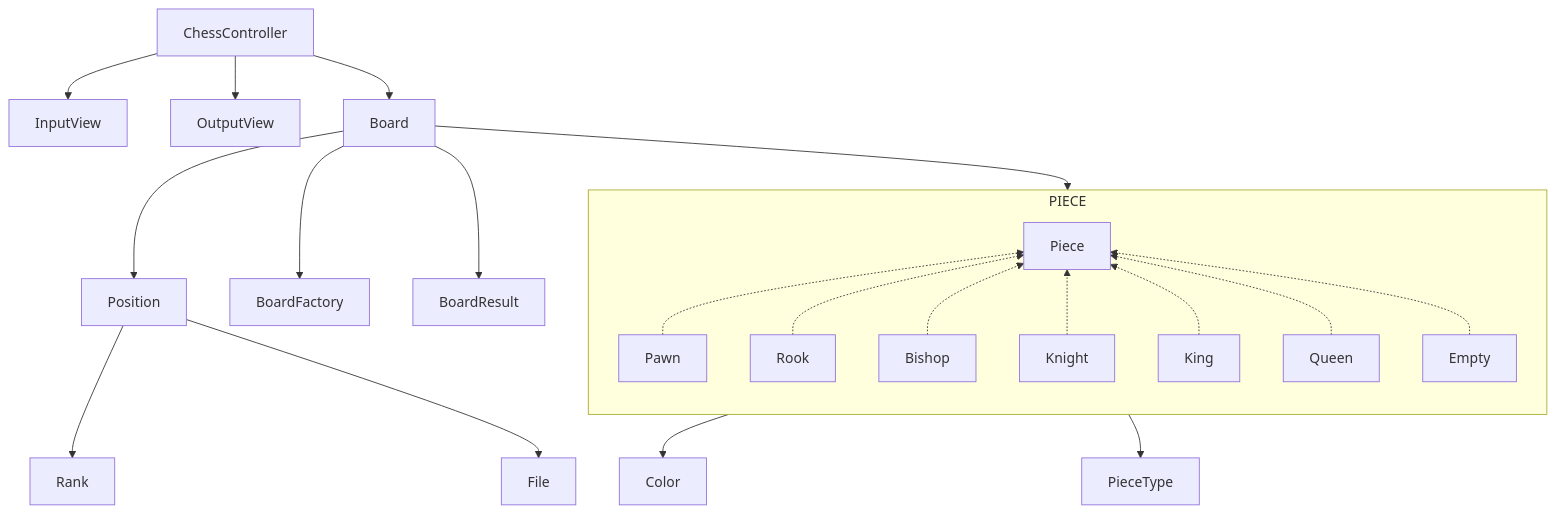
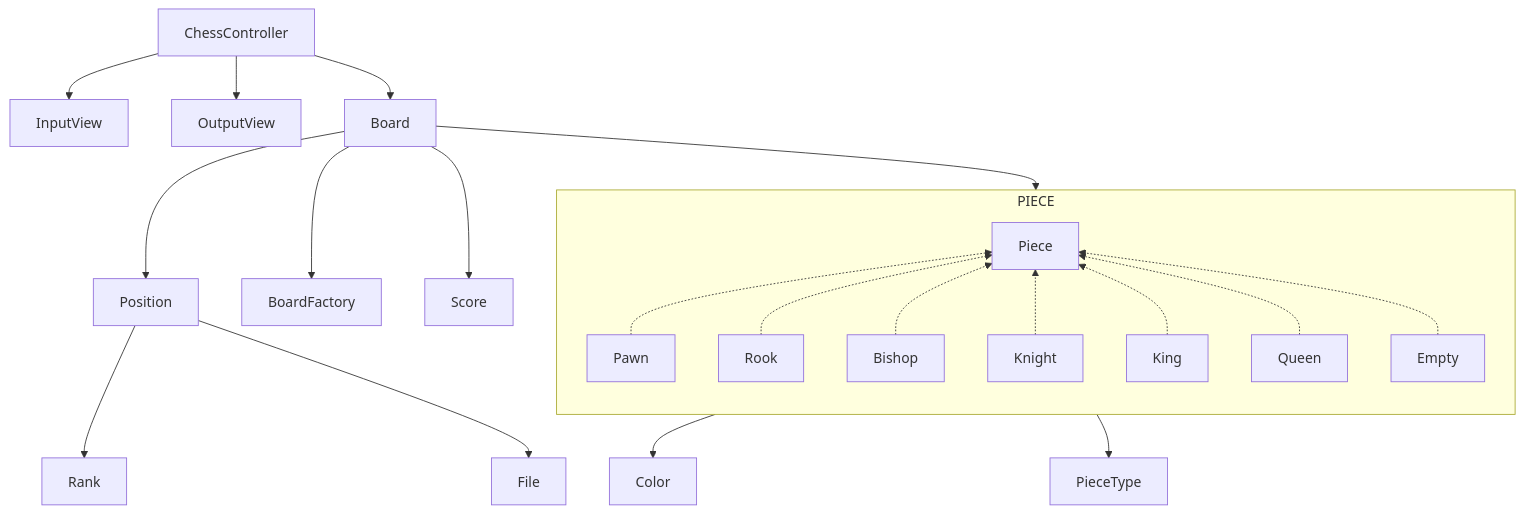
One commit to woowacourse/java-chess changed the diagram in README.md. Above: the diagram before and after it, drawn with Mermaid. The commit also changed 7 other files, not shown here.

````diff
--- a/README.md
+++ b/README.md
@@ -56,29 +56,29 @@
 ```mermaid
 graph TD
     ChessController --> InputView
     ChessController --> OutputView
 
     ChessController --> Board
     
     Board --> BoardFactory
-    Board --> BoardResult
+    Board --> Score
 
     Position --> Rank
     Position --> File
 
     Board --> Position
     Board --> PIECE
     PIECE --> Color
     PIECE --> PieceType
 
     subgraph PIECE
         direction BT
         Pawn -.-> Piece
         Rook -.-> Piece
         Bishop -.-> Piece
         Knight -.-> Piece
         King -.-> Piece
         Queen -.-> Piece
         Empty -.-> Piece
     end
 ```
````
